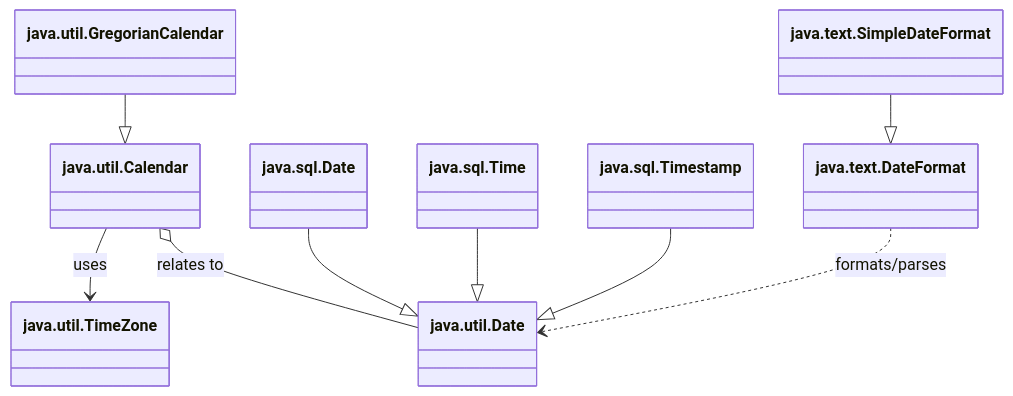
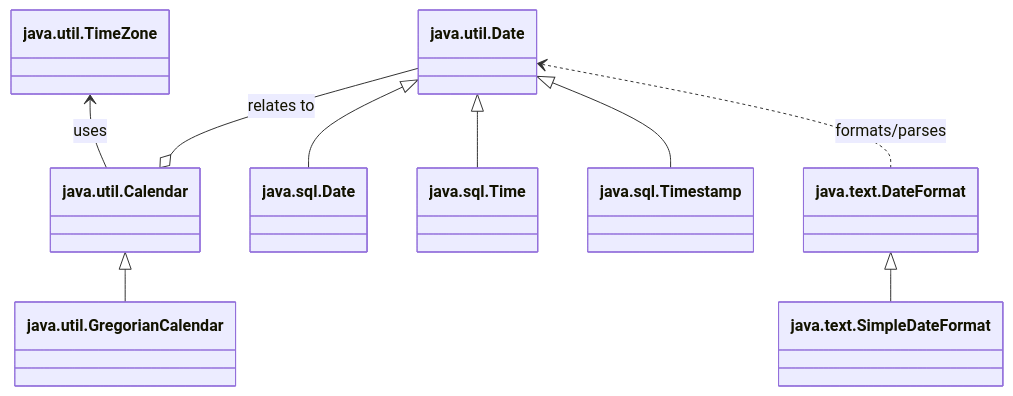
One commit to nbvc213/nbvc213.github.io changed the diagram in _posts/2026-04-21-10 常用类.md. Above: the diagram before and after it, drawn with Mermaid. The commit also changed 2 other files, not shown here.

Commit message:
New notes

````diff
--- a/_posts/2026-04-21-10 常用类.md
+++ b/_posts/2026-04-21-10 常用类.md
@@ -2319,22 +2319,23 @@
 ```mermaid
 classDiagram
+	direction BT
     class TimeZone["java.util.TimeZone"]
     class Calendar["java.util.Calendar"]
     class GregorianCalendar["java.util.GregorianCalendar"]
     class UtilDate["java.util.Date"]
     class SqlDate["java.sql.Date"]
     class SqlTime["java.sql.Time"]
     class SqlTimestamp["java.sql.Timestamp"]
     class DateFormat["java.text.DateFormat"]
     class SimpleDateFormat["java.text.SimpleDateFormat"]
 
     GregorianCalendar --|> Calendar
     SqlDate --|> UtilDate
     SqlTime --|> UtilDate
     SqlTimestamp --|> UtilDate
     SimpleDateFormat --|> DateFormat
 
     Calendar --> TimeZone : uses
     Calendar o-- UtilDate : relates to
     DateFormat ..> UtilDate : formats/parses
 ```
````
